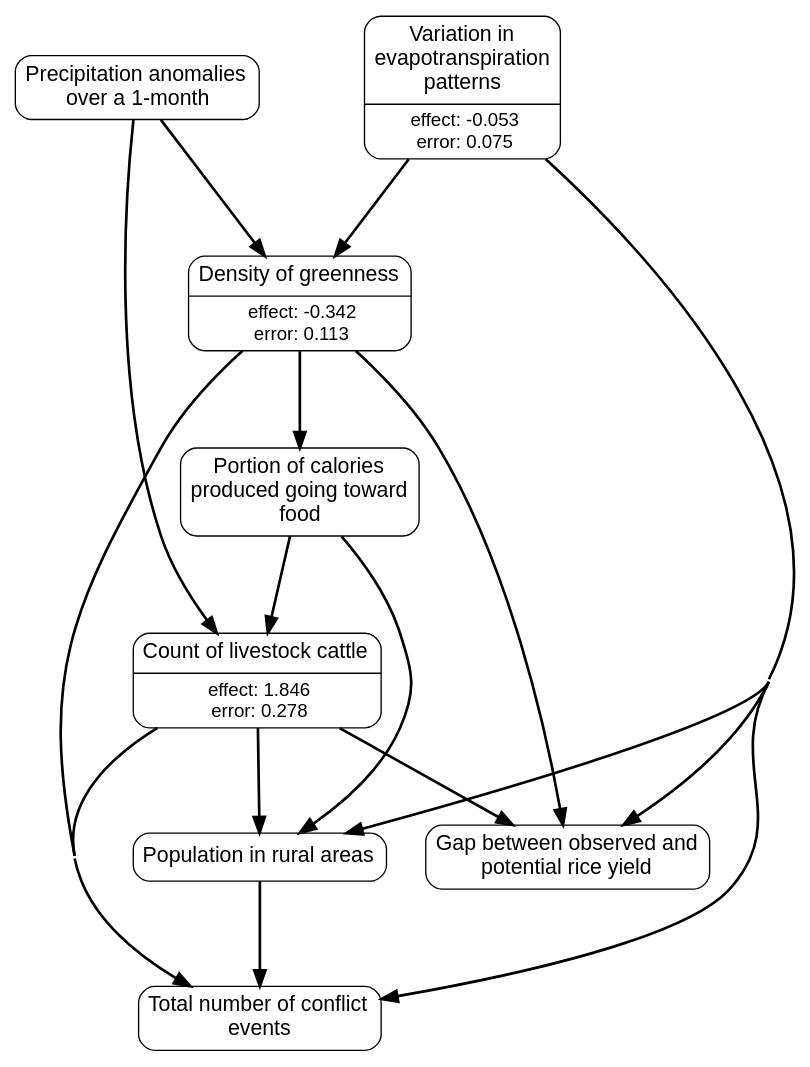
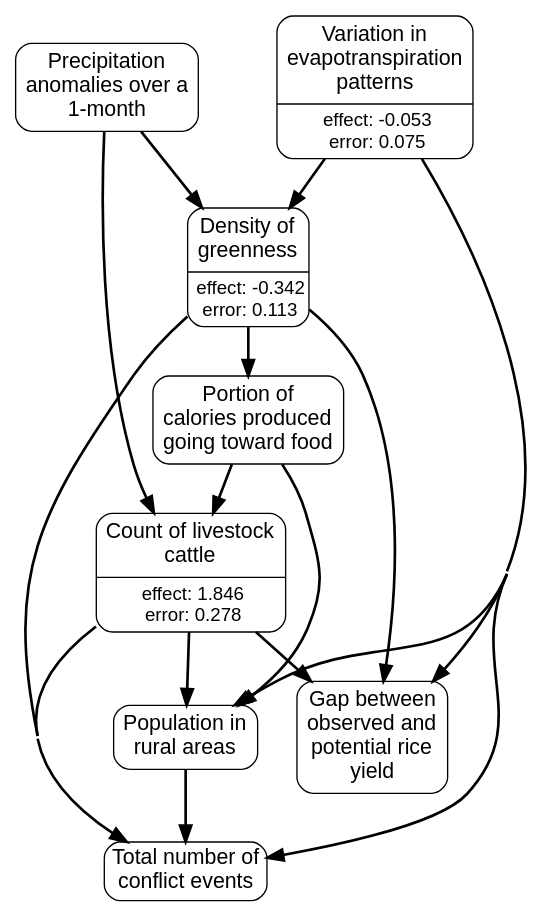
The diagram in app/javascript/images/regions/causal_graphs/south_asia.gv (wri/wri-wpsi), drawn with Graphviz before and after one commit. The commit also changed 14 other files, not shown here.

```diff
--- a/app/javascript/images/regions/causal_graphs/south_asia.gv
+++ b/app/javascript/images/regions/causal_graphs/south_asia.gv
@@ -1,61 +1,60 @@
 # generated file for region: south_asia by CausalModelRegionGenerator
 strict digraph causalModel {
 nodesep = 0.4;
 concentrate = true;
 node[shape = Mrecord, fontname = "Helvetica, Arial, sans-serif", margin = "0.07,0.05", penwidth = 1.0];
 edge[arrowsize = 1.2, penwidth = 2];
-ranksep=1;
 
+#ranks
+{rank=same; et_anom_m_STD_m spi_1_f2_m; }
 # links
 et_anom_m_STD_m -> ndvi_act_med_m;
 et_anom_m_STD_m -> yield_gap_rice_s;
 et_anom_m_STD_m -> rurpop_s;
 et_anom_m_STD_m -> acl_sum_evnt_m;
 DeliveredkcalFraction_s -> cattle_number_s;
 DeliveredkcalFraction_s -> rurpop_s;
 ndvi_act_med_m -> DeliveredkcalFraction_s;
 ndvi_act_med_m -> yield_gap_rice_s;
 ndvi_act_med_m -> acl_sum_evnt_m;
 cattle_number_s -> yield_gap_rice_s;
 cattle_number_s -> rurpop_s;
 cattle_number_s -> acl_sum_evnt_m;
 spi_1_f2_m -> ndvi_act_med_m;
 spi_1_f2_m -> cattle_number_s;
 rurpop_s -> acl_sum_evnt_m;
 # nodes
 et_anom_m_STD_m [label = <{<table align="center" border="0" cellspacing="1" cellpadding="1">
 <tr><td><font point-size="16">Variation in<br/>evapotranspiration<br/>patterns<br/></font></td></tr>
 </table>
 |<table border="0" cellspacing="1" cellpadding="0.5"><tr><td><font point-size="14">effect: -0.053</font></td></tr>
 <tr><td><font point-size="14">error: 0.075</font></td></tr></table>}>, class = rankA];
 DeliveredkcalFraction_s [label = <<table align="center" border="0" cellspacing="1" cellpadding="1">
-<tr><td><font point-size="16">Portion of calories<br/>produced going toward<br/>food<br/></font></td></tr>
+<tr><td><font point-size="16">Portion of<br/>calories produced<br/>going toward food<br/></font></td></tr>
 </table>
 >, class = rankB];
 ndvi_act_med_m [label = <{<table align="center" border="0" cellspacing="1" cellpadding="1">
-<tr><td><font point-size="16">Density of greenness</font></td></tr>
+<tr><td><font point-size="16">Density of<br/>greenness<br/></font></td></tr>
 </table>
 |<table border="0" cellspacing="1" cellpadding="0.5"><tr><td><font point-size="14">effect: -0.342</font></td></tr>
 <tr><td><font point-size="14">error: 0.113</font></td></tr></table>}>, class = rankB];
 cattle_number_s [label = <{<table align="center" border="0" cellspacing="1" cellpadding="1">
-<tr><td><font point-size="16">Count of livestock cattle</font></td></tr>
+<tr><td><font point-size="16">Count of livestock<br/>cattle<br/></font></td></tr>
 </table>
 |<table border="0" cellspacing="1" cellpadding="0.5"><tr><td><font point-size="14">effect: 1.846</font></td></tr>
 <tr><td><font point-size="14">error: 0.278</font></td></tr></table>}>, class = rankB];
 spi_1_f2_m [label = <<table align="center" border="0" cellspacing="1" cellpadding="1">
-<tr><td><font point-size="16">Precipitation anomalies<br/>over a 1-month<br/></font></td></tr>
+<tr><td><font point-size="16">Precipitation<br/>anomalies over a<br/>1-month<br/></font></td></tr>
 </table>
 >, class = rankA];
 yield_gap_rice_s [label = <<table align="center" border="0" cellspacing="1" cellpadding="1">
-<tr><td><font point-size="16">Gap between observed and<br/>potential rice yield<br/></font></td></tr>
+<tr><td><font point-size="16">Gap between<br/>observed and<br/>potential rice<br/>yield<br/></font></td></tr>
 </table>
 >, class = rankB];
 rurpop_s [label = <<table align="center" border="0" cellspacing="1" cellpadding="1">
-<tr><td><font point-size="16">Population in rural areas</font></td></tr>
+<tr><td><font point-size="16">Population in<br/>rural areas<br/></font></td></tr>
 </table>
 >, class = rankB];
-acl_sum_evnt_m [label = <<table align="center" border="0" cellspacing="1" cellpadding="1">
-<tr><td><font point-size="16">Total number of conflict<br/>events<br/></font></td></tr>
-</table>
->, class = rankC];
+acl_sum_evnt_m [label = "Total number of
+conflict events", class = rankC, shape=box, style=rounded, fontsize="16pt"];
 }
```
